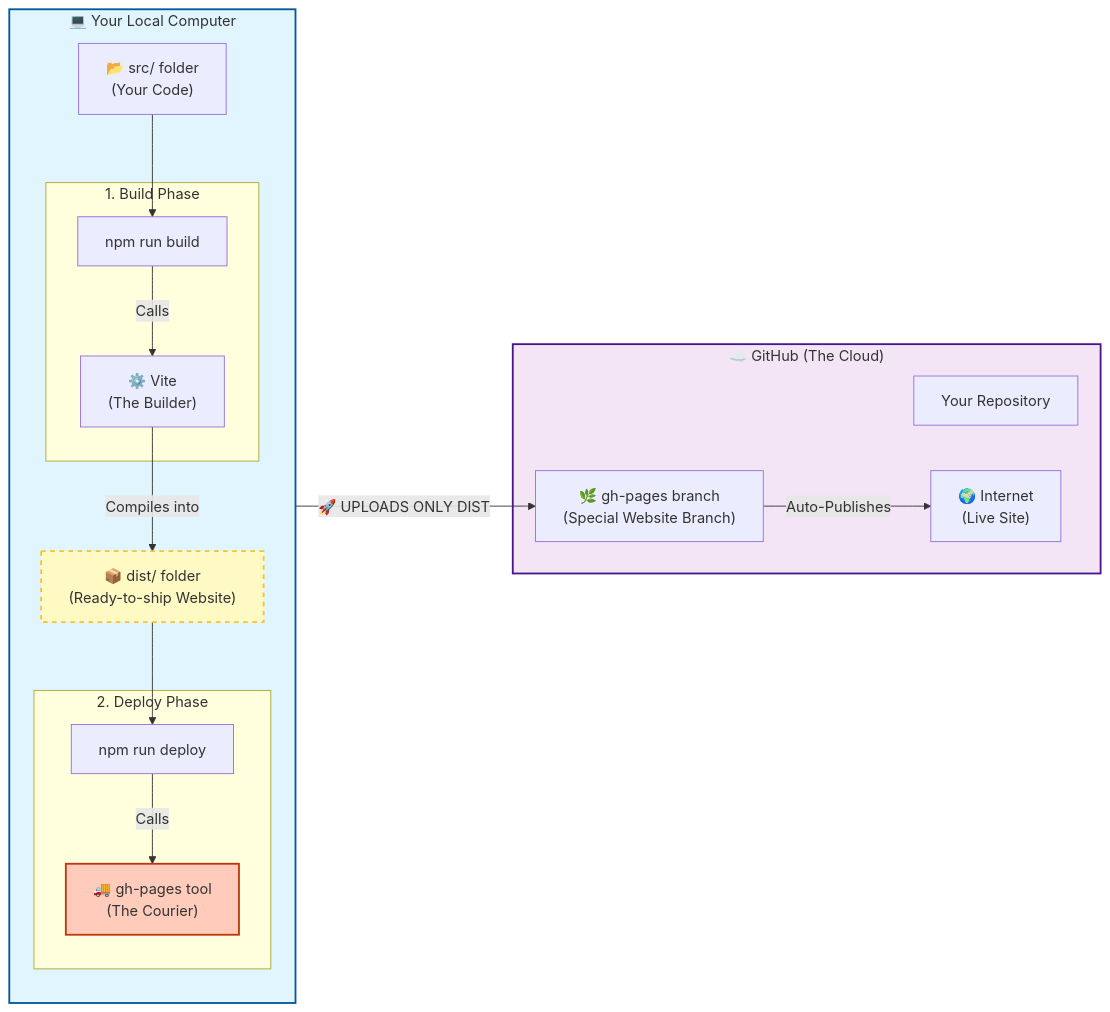
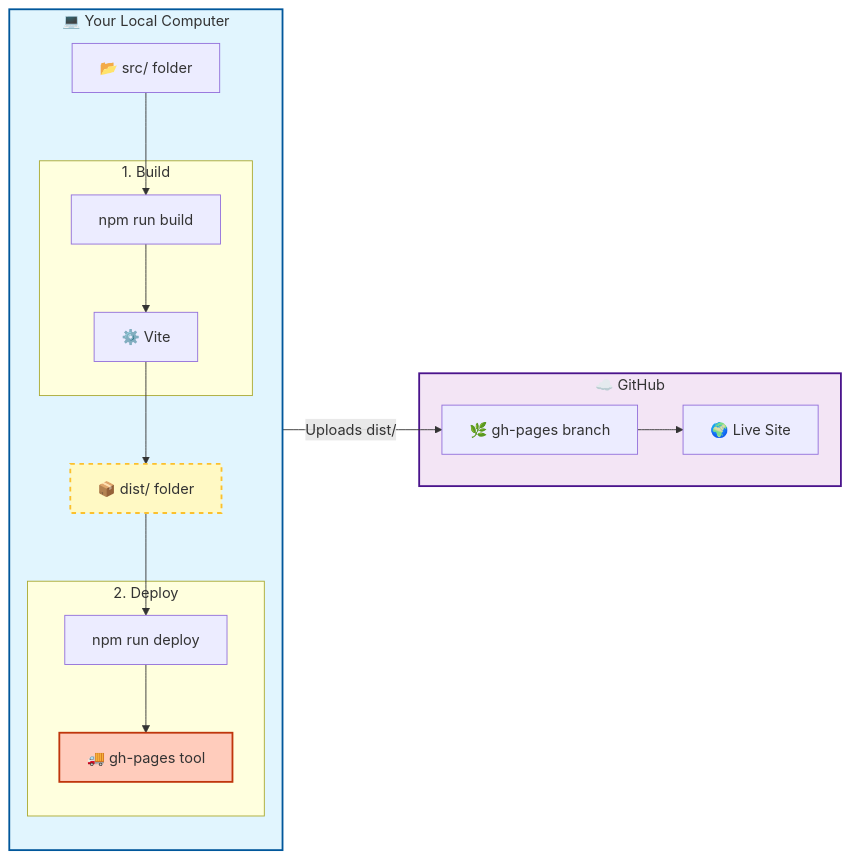
The second of 2 diagrams in docs/deployment.md (tulamia311/landing-page), drawn with Mermaid before and after one commit. The commit also changed other lines of this file, not shown here.

````diff
--- a/docs/deployment.md
+++ b/docs/deployment.md
@@ -19,42 +127,37 @@
 ```mermaid
 flowchart LR
     subgraph Local["💻 Your Local Computer"]
         direction TB
-        Source["📂 src/ folder\n(Your Code)"]
+        Source["📂 src/ folder"]
 
-        subgraph Step1["1. Build Phase"]
+        subgraph Build["1. Build"]
             BuildCmd["npm run build"]
-            Vite["⚙️ Vite\n(The Builder)"]
+            Vite["⚙️ Vite"]
         end
 
-        Dist["📦 dist/ folder\n(Ready-to-ship Website)"]
+        Dist["📦 dist/ folder"]
 
-        subgraph Step2["2. Deploy Phase"]
+        subgraph Deploy["2. Deploy"]
             DeployCmd["npm run deploy"]
-            GHPagesPkg["🚚 gh-pages tool\n(The Courier)"]
+            GHPagesPkg["🚚 gh-pages tool"]
         end
     end
 
-    subgraph Remote["☁️ GitHub (The Cloud)"]
-        Repo["Your Repository"]
-        Branch["🌿 gh-pages branch\n(Special Website Branch)"]
-        Website["🌍 Internet\n(Live Site)"]
+    subgraph Remote["☁️ GitHub"]
+        Branch["🌿 gh-pages branch"]
+        Website["🌍 Live Site"]
     end
 
-    %% The Flow
     Source --> BuildCmd
-    BuildCmd -- "Calls" --> Vite
-    Vite -- "Compiles into" --> Dist
+    BuildCmd --> Vite
+    Vite --> Dist
+    Dist --> DeployCmd
+    DeployCmd --> GHPagesPkg
+    GHPagesPkg -- "Uploads dist/" --> Branch
+    Branch --> Website
 
-    Dist --> DeployCmd
-    DeployCmd -- "Calls" --> GHPagesPkg
-
-    GHPagesPkg -- "🚀 UPLOADS ONLY DIST" --> Branch
-    Branch -- "Auto-Publishes" --> Website
-
-    %% Styling
     style Local fill:#e1f5fe,stroke:#01579b,stroke-width:2px
     style Remote fill:#f3e5f5,stroke:#4a148c,stroke-width:2px
     style Dist fill:#fff9c4,stroke:#fbc02d,stroke-width:2px,stroke-dasharray: 5 5
     style GHPagesPkg fill:#ffccbc,stroke:#bf360c,stroke-width:2px
 ```
````
